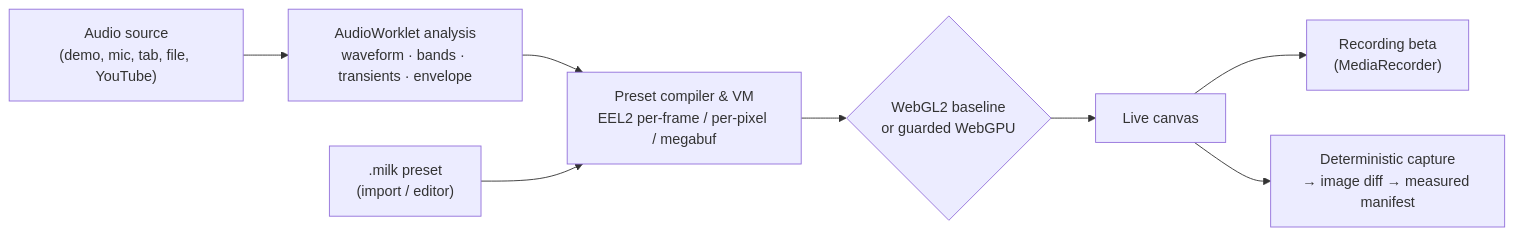
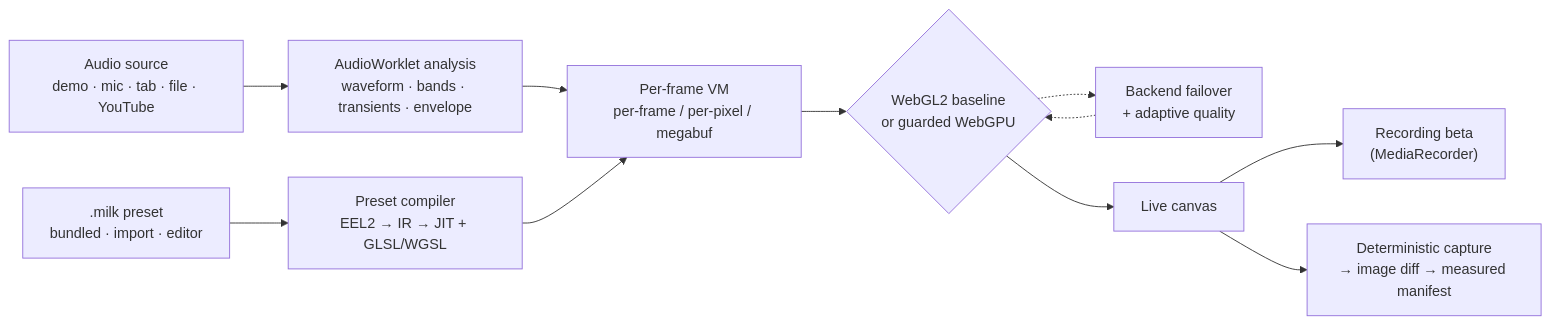
The diagram in README.md (zz-plant/stims), drawn with Mermaid before and after one commit. The commit also changed 34 other files, not shown here.

````diff
--- a/README.md
+++ b/README.md
@@ -82,10 +82,12 @@
 ```mermaid
 flowchart LR
-  Audio["Audio source\n(demo, mic, tab, file, YouTube)"] --> Worklet["AudioWorklet analysis\nwaveform · bands · transients · envelope"]
-  Worklet --> VM["Preset compiler & VM\nEEL2 per-frame / per-pixel / megabuf"]
-  Milk[".milk preset\n(import / editor)"] --> VM
-  VM --> Render{"WebGL2 baseline\nor guarded WebGPU"}
+  Audio["Audio source<br/>demo · mic · tab · file · YouTube"] --> Worklet["AudioWorklet analysis<br/>waveform · bands · transients · envelope"]
+  Milk[".milk preset<br/>bundled · import · editor"] --> Compiler["Preset compiler<br/>EEL2 → IR → JIT + GLSL/WGSL"]
+  Worklet --> VM["Per-frame VM<br/>per-frame / per-pixel / megabuf"]
+  Compiler --> VM
+  VM --> Render{"WebGL2 baseline<br/>or guarded WebGPU"}
+  Render -.-> Fallback["Backend failover<br/>+ adaptive quality"] -.-> Render
   Render --> Canvas["Live canvas"]
-  Canvas --> Record["Recording beta\n(MediaRecorder)"]
-  Canvas --> Capture["Deterministic capture\n→ image diff → measured manifest"]
+  Canvas --> Record["Recording beta<br/>(MediaRecorder)"]
+  Canvas --> Capture["Deterministic capture<br/>→ image diff → measured manifest"]
 ```
````
